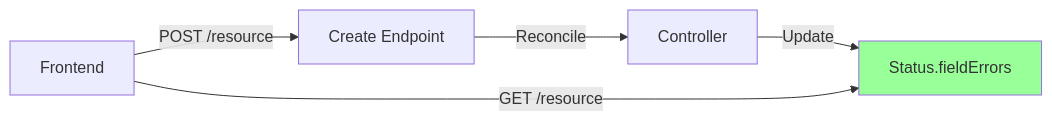
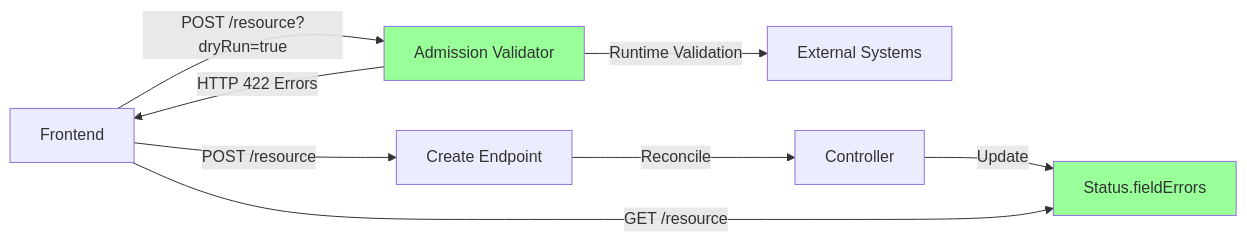
One commit to grafana/grafana-app-sdk changed the second of 2 diagrams in docs/architecture/field-errors-in-status.md. Above: the diagram before and after it, drawn with Mermaid. The commit also changed other lines of this file, not shown here.

Commit message:
docs: update field errors diagrams to use dryRun by default, remove polling/watching

````diff
--- a/docs/architecture/field-errors-in-status.md
+++ b/docs/architecture/field-errors-in-status.md
@@ -784,8 +811,12 @@
 ```mermaid
 graph LR
-    A[Frontend] -->|POST /resource| B[Create Endpoint]
-    B -->|Reconcile| C[Controller]
-    C -->|Update| D[Status.fieldErrors]
-    A -->|GET /resource| D
-    style D fill:#99ff99
+    A[Frontend] -->|POST /resource?dryRun=true| B[Admission Validator]
+    B -->|Runtime Validation| C[External Systems]
+    B -->|HTTP 422 Errors| A
+    A -->|POST /resource| D[Create Endpoint]
+    D -->|Reconcile| E[Controller]
+    E -->|Update| F[Status.fieldErrors]
+    A -->|GET /resource| F
+    style B fill:#99ff99
+    style F fill:#99ff99
 ```
````
